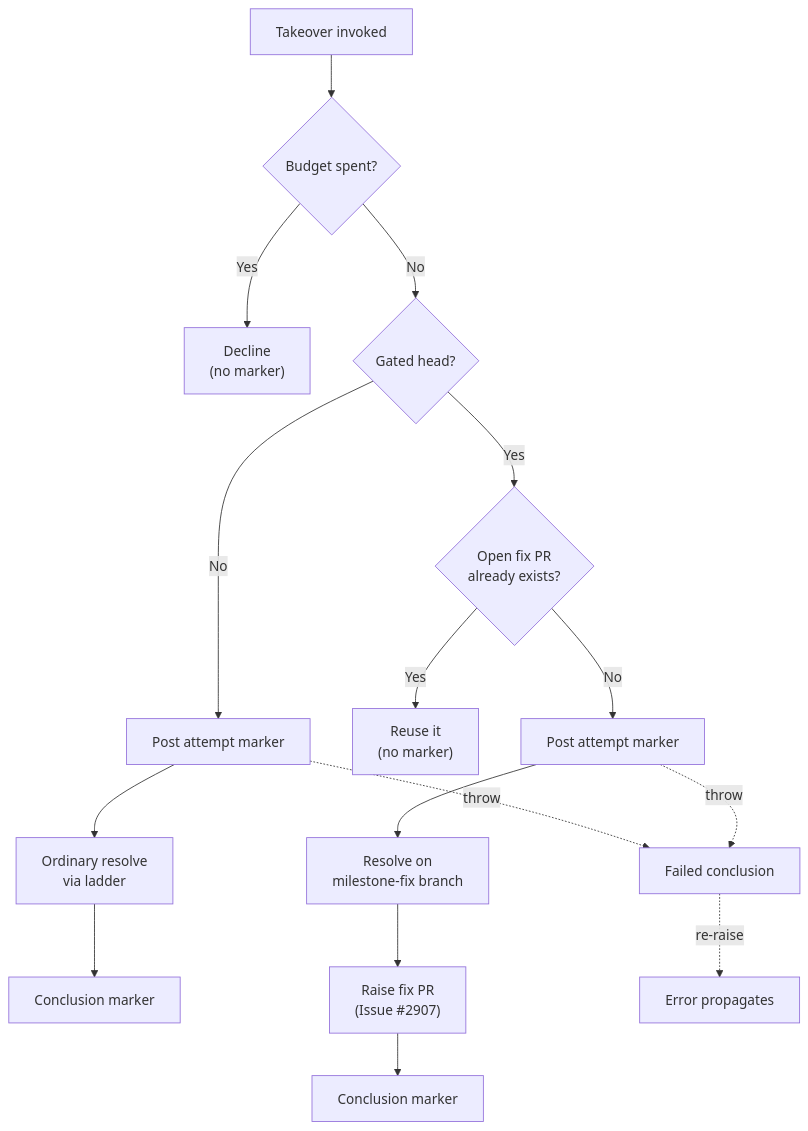
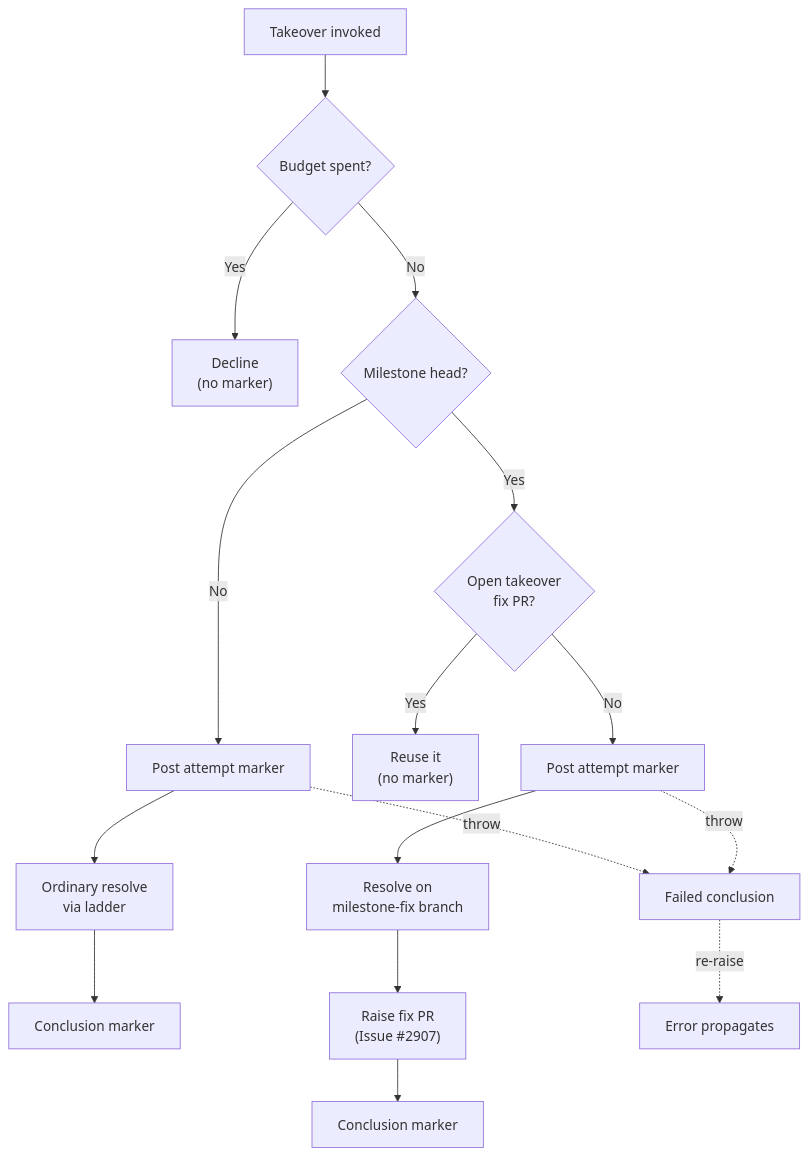
Before and after one commit to stSoftwareAU/VibeCoder: the fourth of 9 diagrams in docs/workflows/merge-conflicts.md, drawn with Mermaid. The commit also changed other lines of this file and 10 other files, not shown here.

````diff
--- a/docs/workflows/merge-conflicts.md
+++ b/docs/workflows/merge-conflicts.md
@@ -492,18 +502,18 @@
 ```mermaid
 flowchart TD
     A[Takeover invoked] --> B{"Budget spent?"}
     B -- "Yes" --> C["Decline<br/>(no marker)"]
-    B -- "No" --> D{"Gated head?"}
+    B -- "No" --> D{"Milestone head?"}
     D -- "No" --> E[Post attempt marker]
     E --> F[Ordinary resolve<br/>via ladder]
     F --> G[Conclusion marker]
-    D -- "Yes" --> H{"Open fix PR<br/>already exists?"}
+    D -- "Yes" --> H{"Open takeover<br/>fix PR?"}
     H -- "Yes" --> I["Reuse it<br/>(no marker)"]
     H -- "No" --> J[Post attempt marker]
     J --> K[Resolve on<br/>milestone-fix branch]
     K --> L["Raise fix PR<br/>(Issue #2907)"]
     L --> M[Conclusion marker]
     E -. "throw" .-> N["Failed conclusion"]
     N -. "re-raise" .-> O[Error propagates]
     J -. "throw" .-> N
 ```
````
